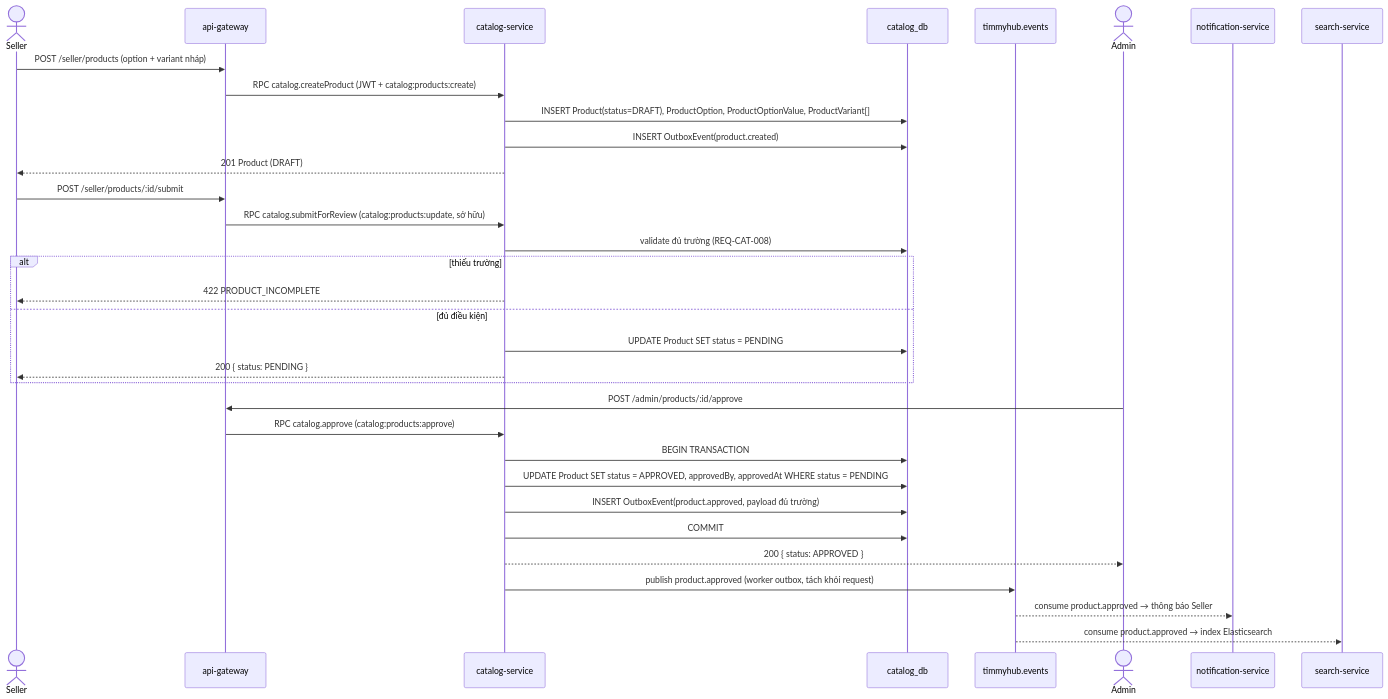
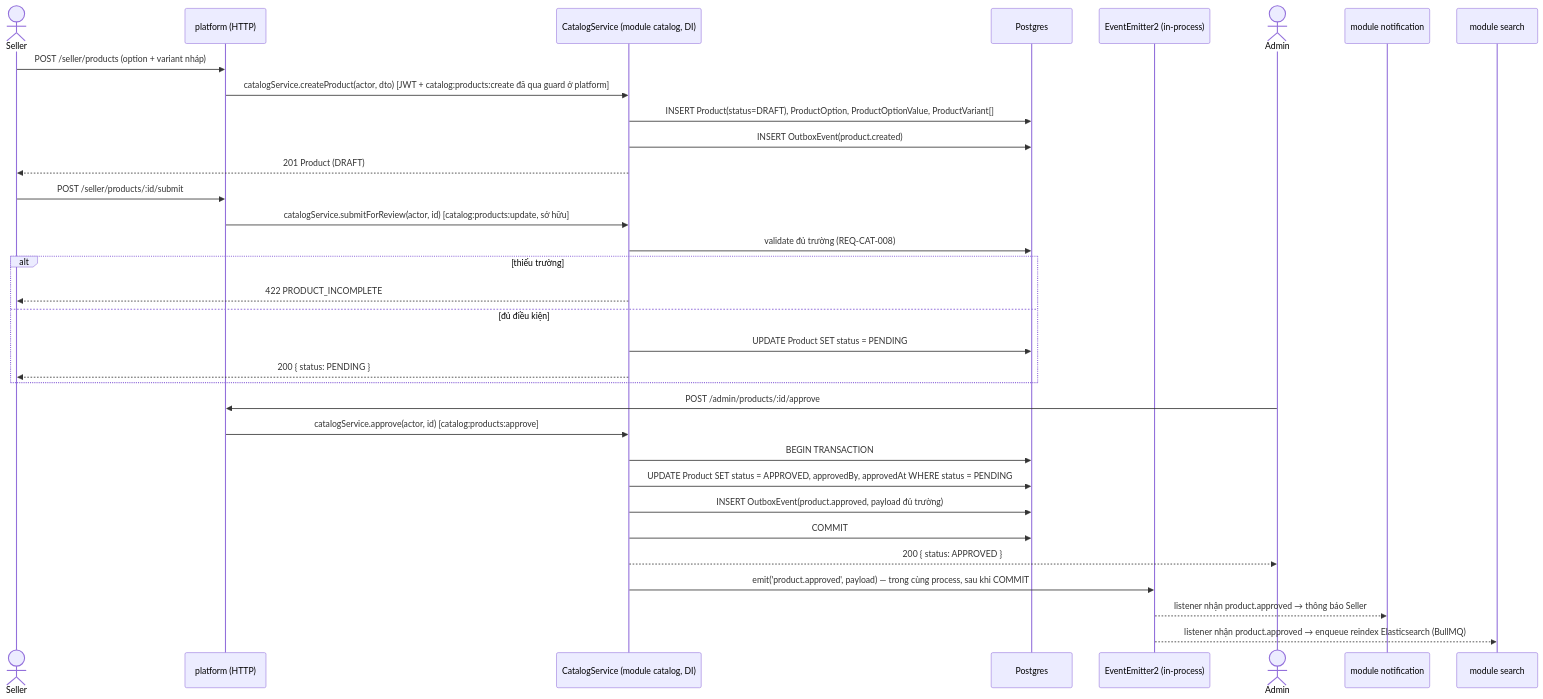
Before and after one commit to timmy277/timmyhub: the second of 2 diagrams in docs/03-specs/catalog-product/design.md, drawn with Mermaid. The commit also changed other lines of this file and 34 other files, not shown here.

````diff
--- a/docs/03-specs/catalog-product/design.md
+++ b/docs/03-specs/catalog-product/design.md
@@ -171,38 +180,38 @@
 ```mermaid
 sequenceDiagram
     actor Seller
-    participant GW as api-gateway
-    participant CAT as catalog-service
-    participant DB as catalog_db
-    participant BUS as timmyhub.events
+    participant Pf as platform (HTTP)
+    participant Cat as CatalogService (module catalog, DI)
+    participant Db as Postgres
+    participant Ee as EventEmitter2 (in-process)
     actor Admin
-    participant NTF as notification-service
-    participant SRC as search-service
+    participant Ntf as module notification
+    participant Src as module search
 
-    Seller->>GW: POST /seller/products (option + variant nháp)
-    GW->>CAT: RPC catalog.createProduct (JWT + catalog:products:create)
-    CAT->>DB: INSERT Product(status=DRAFT), ProductOption, ProductOptionValue, ProductVariant[]
-    CAT->>DB: INSERT OutboxEvent(product.created)
-    CAT-->>Seller: 201 Product (DRAFT)
+    Seller->>Pf: POST /seller/products (option + variant nháp)
+    Pf->>Cat: catalogService.createProduct(actor, dto) [JWT + catalog:products:create đã qua guard ở platform]
+    Cat->>Db: INSERT Product(status=DRAFT), ProductOption, ProductOptionValue, ProductVariant[]
+    Cat->>Db: INSERT OutboxEvent(product.created)
+    Cat-->>Seller: 201 Product (DRAFT)
 
-    Seller->>GW: POST /seller/products/:id/submit
-    GW->>CAT: RPC catalog.submitForReview (catalog:products:update, sở hữu)
-    CAT->>DB: validate đủ trường (REQ-CAT-008)
+    Seller->>Pf: POST /seller/products/:id/submit
+    Pf->>Cat: catalogService.submitForReview(actor, id) [catalog:products:update, sở hữu]
+    Cat->>Db: validate đủ trường (REQ-CAT-008)
     alt thiếu trường
-        CAT-->>Seller: 422 PRODUCT_INCOMPLETE
+        Cat-->>Seller: 422 PRODUCT_INCOMPLETE
     else đủ điều kiện
-        CAT->>DB: UPDATE Product SET status = PENDING
-        CAT-->>Seller: 200 { status: PENDING }
+        Cat->>Db: UPDATE Product SET status = PENDING
+        Cat-->>Seller: 200 { status: PENDING }
     end
 
-    Admin->>GW: POST /admin/products/:id/approve
-    GW->>CAT: RPC catalog.approve (catalog:products:approve)
-    CAT->>DB: BEGIN TRANSACTION
-    CAT->>DB: UPDATE Product SET status = APPROVED, approvedBy, approvedAt WHERE status = PENDING
-    CAT->>DB: INSERT OutboxEvent(product.approved, payload đủ trường)
-    CAT->>DB: COMMIT
-    CAT-->>Admin: 200 { status: APPROVED }
-    CAT->>BUS: publish product.approved (worker outbox, tách khỏi request)
-    BUS-->>NTF: consume product.approved → thông báo Seller
-    BUS-->>SRC: consume product.approved → index Elasticsearch
+    Admin->>Pf: POST /admin/products/:id/approve
+    Pf->>Cat: catalogService.approve(actor, id) [catalog:products:approve]
+    Cat->>Db: BEGIN TRANSACTION
+    Cat->>Db: UPDATE Product SET status = APPROVED, approvedBy, approvedAt WHERE status = PENDING
+    Cat->>Db: INSERT OutboxEvent(product.approved, payload đủ trường)
+    Cat->>Db: COMMIT
+    Cat-->>Admin: 200 { status: APPROVED }
+    Cat->>Ee: emit('product.approved', payload) — trong cùng process, sau khi COMMIT
+    Ee-->>Ntf: listener nhận product.approved → thông báo Seller
+    Ee-->>Src: listener nhận product.approved → enqueue reindex Elasticsearch (BullMQ)
 ```
````
